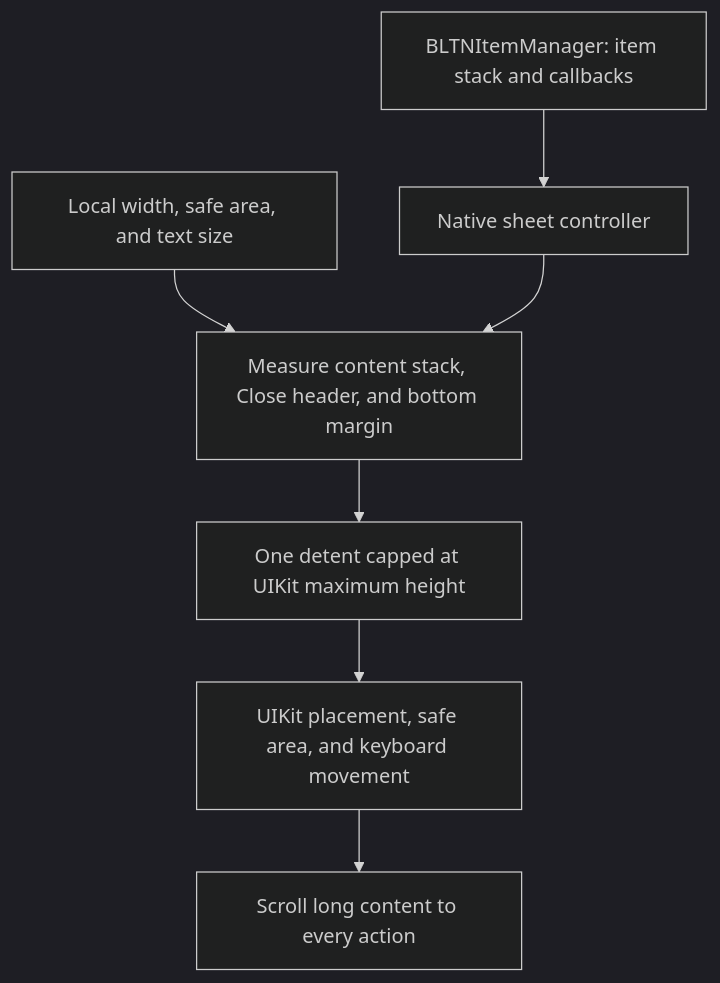
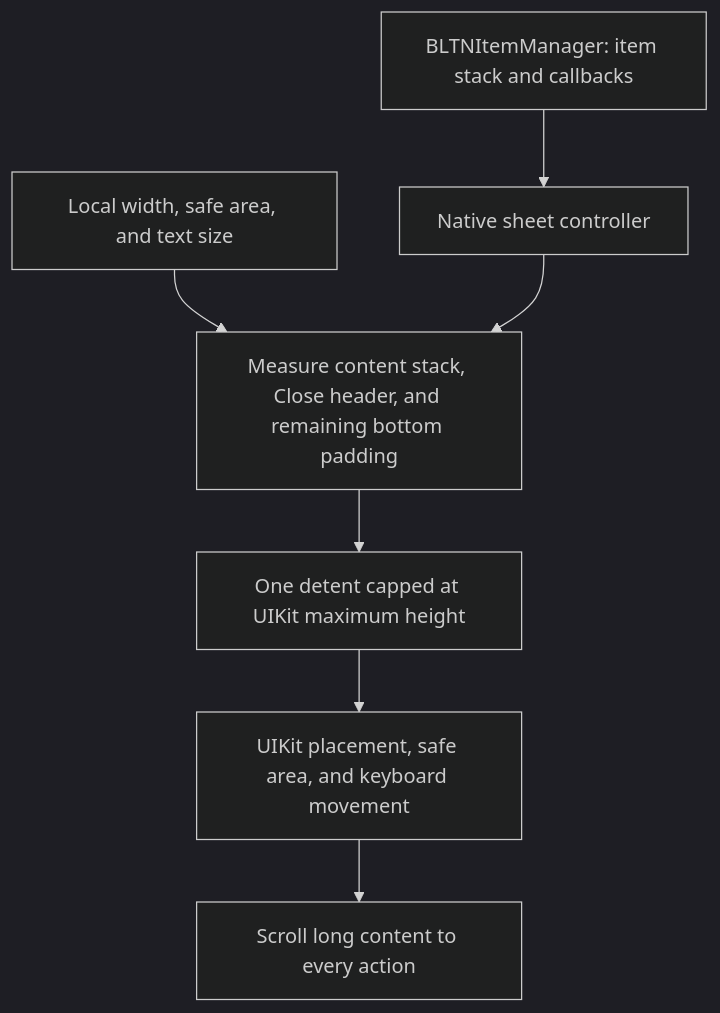
The first of 2 diagrams in guides/Adaptive Layout.md (LambdaDigamma/BulletinBoard), drawn with Mermaid (dark theme) before and after one commit. The commit also changed other lines of this file and 5 other files, not shown here.

Commit message:
fix: use safe area for bulletin bottom clearance

````diff
--- a/guides/Adaptive Layout.md
+++ b/guides/Adaptive Layout.md
@@ -9,9 +9,9 @@
 ```mermaid
 flowchart TD
     Manager[BLTNItemManager: item stack and callbacks] --> Sheet[Native sheet controller]
-    Bounds[Local width, safe area, and text size] --> Measure[Measure content stack, Close header, and bottom margin]
+    Bounds[Local width, safe area, and text size] --> Measure[Measure content stack, Close header, and remaining bottom padding]
     Sheet --> Measure
     Measure --> Detent[One detent capped at UIKit maximum height]
     Detent --> UIKit[UIKit placement, safe area, and keyboard movement]
     UIKit --> Scroll[Scroll long content to every action]
 ```
````
